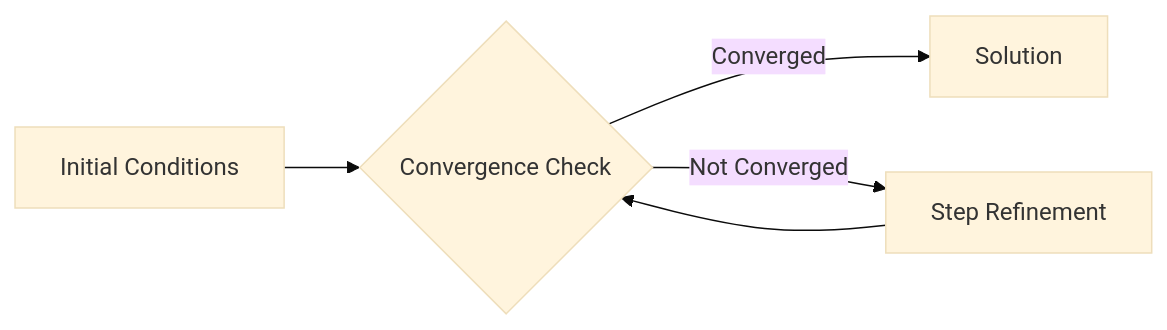
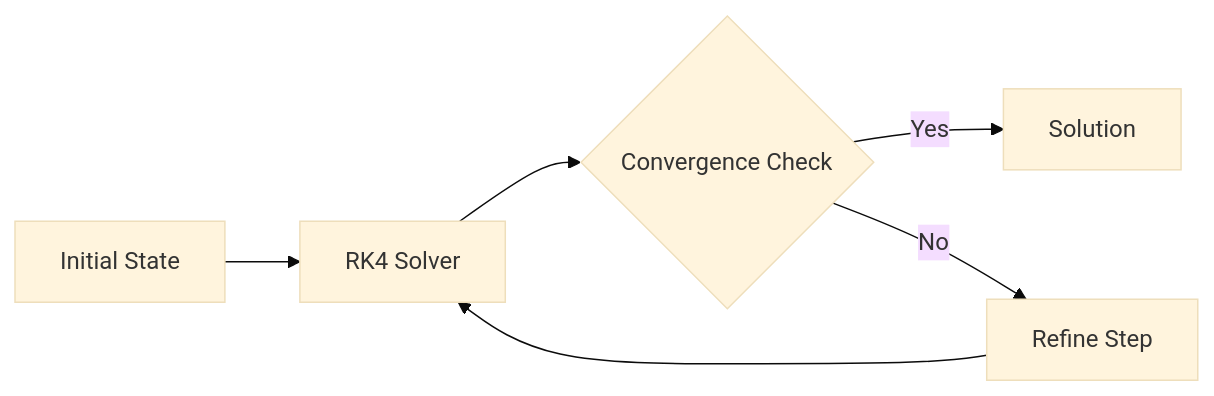
The second of 3 diagrams in README.md (sayedRaheel/Tacoma-Bridge), drawn with Mermaid (base theme) before and after one commit. The commit also changed other lines of this file, not shown here.

````diff
--- a/README.md
+++ b/README.md
@@ -188,7 +125,8 @@
-```mermaid
-graph LR
-    A[Initial Conditions] --> B{Convergence Check}
-    B -->|Converged| C[Solution]
-    B -->|Not Converged| D[Step Refinement]
-    D --> B
-```
+   ```mermaid
+   graph LR
+       A[Initial State] --> B[RK4 Solver]
+       B --> C{Convergence Check}
+       C -->|Yes| D[Solution]
+       C -->|No| E[Refine Step]
+       E --> B
+   ```
````
